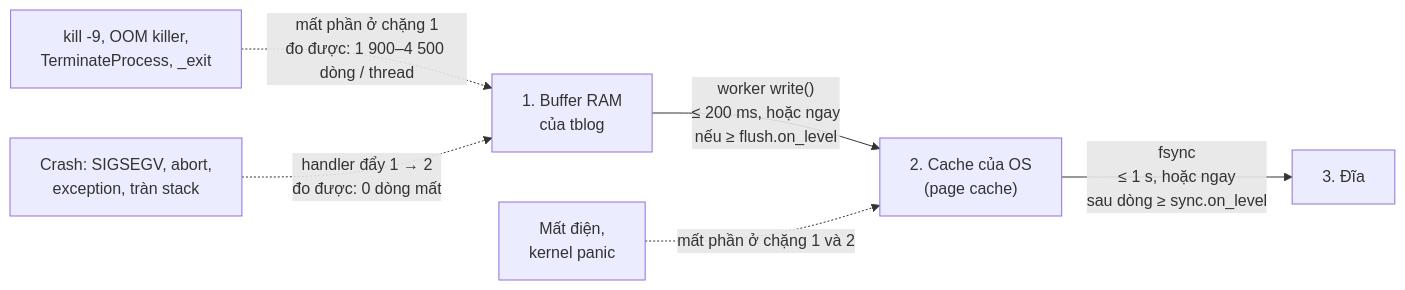
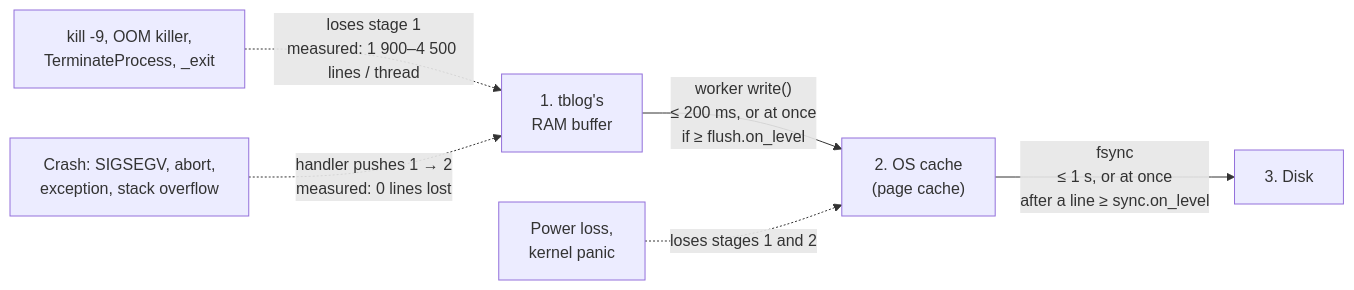
Before and after one commit to TieuBao168/tblog: the fourth of 5 diagrams in docs/architecture.md, drawn with Mermaid. The commit also changed other lines of this file and 19 other files, not shown here.

````diff
--- a/docs/architecture.md
+++ b/docs/architecture.md
@@ -120,8 +122,8 @@
 ```mermaid
 flowchart LR
-    R["1. Buffer RAM<br/>của tblog"] -->|"worker write()<br/>≤ 200 ms, hoặc ngay<br/>nếu ≥ flush.on_level"| P["2. Cache của OS<br/>(page cache)"]
-    P -->|"fsync<br/>≤ 1 s, hoặc ngay<br/>sau dòng ≥ sync.on_level"| D["3. Đĩa"]
-    K["kill -9, OOM killer,<br/>TerminateProcess, _exit"] -.->|"mất phần ở chặng 1<br/>đo được: 1 900–4 500 dòng / thread"| R
-    C["Crash: SIGSEGV, abort,<br/>exception, tràn stack"] -.->|"handler đẩy 1 → 2<br/>đo được: 0 dòng mất"| R
-    E["Mất điện,<br/>kernel panic"] -.->|"mất phần ở chặng 1 và 2"| P
+    R["1. tblog's<br/>RAM buffer"] -->|"worker write()<br/>≤ 200 ms, or at once<br/>if ≥ flush.on_level"| P["2. OS cache<br/>(page cache)"]
+    P -->|"fsync<br/>≤ 1 s, or at once<br/>after a line ≥ sync.on_level"| D["3. Disk"]
+    K["kill -9, OOM killer,<br/>TerminateProcess, _exit"] -.->|"loses stage 1<br/>measured: 1 900–4 500 lines / thread"| R
+    C["Crash: SIGSEGV, abort,<br/>exception, stack overflow"] -.->|"handler pushes 1 → 2<br/>measured: 0 lines lost"| R
+    E["Power loss,<br/>kernel panic"] -.->|"loses stages 1 and 2"| P
 ```
````
